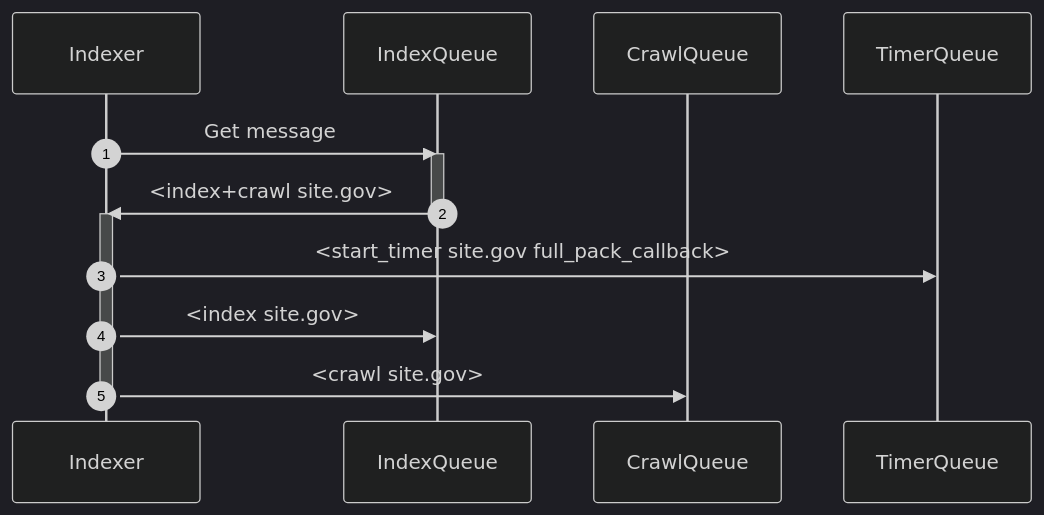
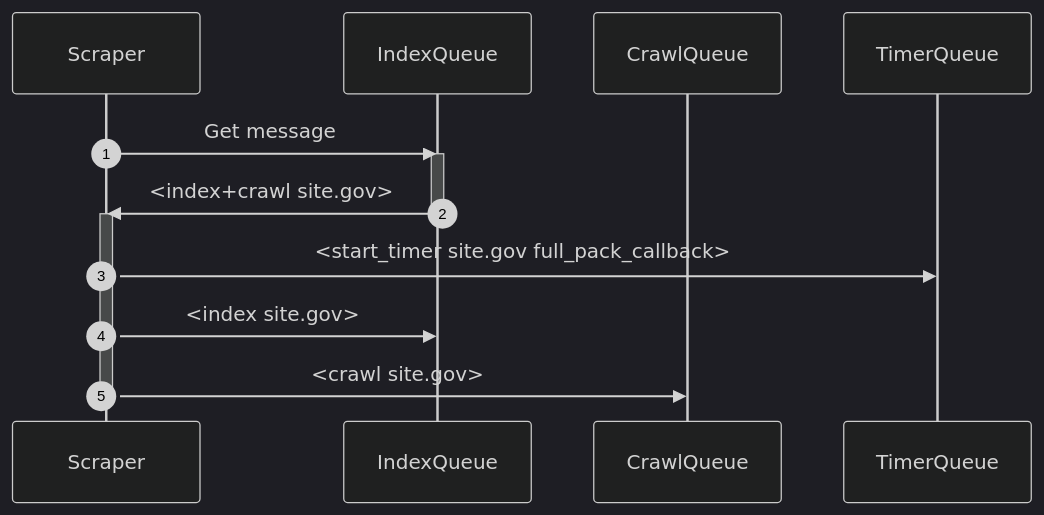
Before and after one commit to jadudm/six: the second of 12 diagrams in pkg/types/REAME.md, drawn with Mermaid (dark theme). The commit also changed other lines of this file and 18 other files, not shown here.

````diff
--- a/pkg/types/REAME.md
+++ b/pkg/types/REAME.md
@@ -40,17 +40,17 @@
 ```mermaid
 sequenceDiagram
     autonumber
-    participant I as Indexer
+    participant I as Scraper
     participant IQ as IndexQueue
     participant CQ as CrawlQueue
     participant TQ as TimerQueue
     I->>IQ: Get message
     activate IQ
     IQ->>I: <index+crawl site.gov>
     deactivate IQ
     activate I
     I->>TQ: <start_timer site.gov full_pack_callback>
     I->>IQ: <index site.gov>
     I->>CQ: <crawl site.gov>
     deactivate I
 ```
````
